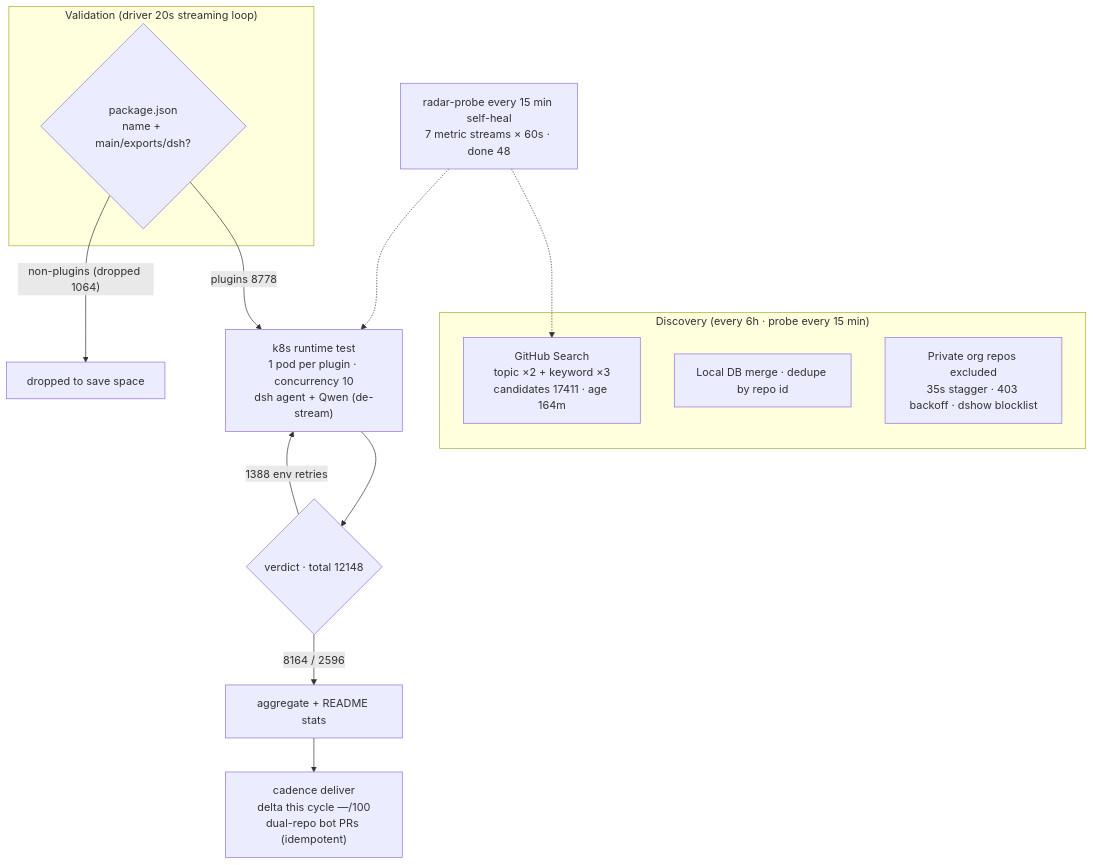
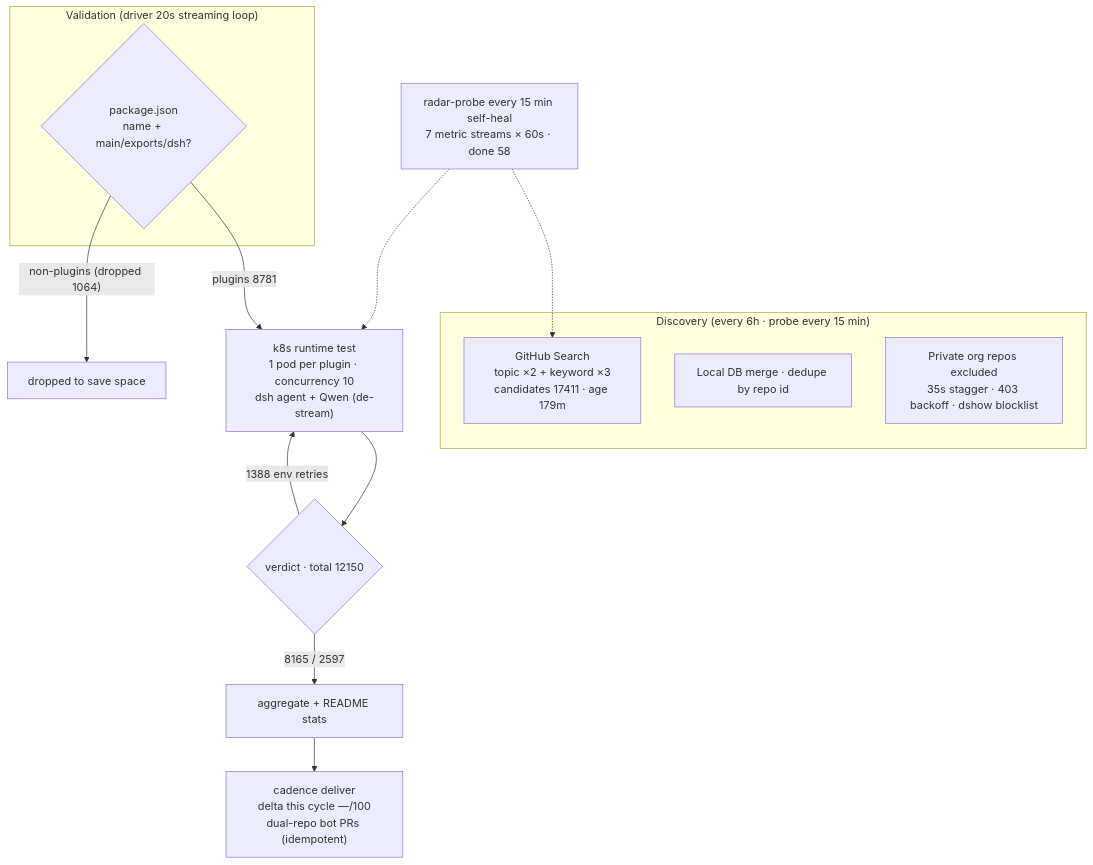
The diagram in README.en-US.md (AdamPlatin123/awesome-dsh-plugins), drawn with Mermaid before and after one commit. The commit also changed other lines of this file and 5 other files, not shown here.

````diff
--- a/README.en-US.md
+++ b/README.en-US.md
@@ -45,20 +45,20 @@
 ```mermaid
 flowchart TB
     subgraph Discovery["Discovery (every 6h · probe every 15 min)"]
-        A1["GitHub Search<br/>topic ×2 + keyword ×3<br/>candidates 17411 · age 164m"]
+        A1["GitHub Search<br/>topic ×2 + keyword ×3<br/>candidates 17411 · age 179m"]
         A2["Local DB merge · dedupe by repo id"]
         A3["Private org repos excluded<br/>35s stagger · 403 backoff · dshow blocklist"]
     end
     subgraph Validation["Validation (driver 20s streaming loop)"]
         B1{"package.json<br/>name + main/exports/dsh?"}
     end
-    B1 -->|"plugins 8778"| C1["k8s runtime test<br/>1 pod per plugin · concurrency 10<br/>dsh agent + Qwen (de-stream)"]
+    B1 -->|"plugins 8781"| C1["k8s runtime test<br/>1 pod per plugin · concurrency 10<br/>dsh agent + Qwen (de-stream)"]
     B1 -->|"non-plugins (dropped 1064)"| B3["dropped to save space"]
-    C1 --> D1{"verdict · total 12148"}
-    D1 -->|"8164 / 2596"| E1["aggregate + README stats"]
+    C1 --> D1{"verdict · total 12150"}
+    D1 -->|"8165 / 2597"| E1["aggregate + README stats"]
     D1 -->|"1388 env retries"| C1
     E1 --> E2["cadence deliver<br/>delta this cycle —/100<br/>dual-repo bot PRs (idempotent)"]
-    M["radar-probe every 15 min self-heal<br/>7 metric streams × 60s · done 48"]
+    M["radar-probe every 15 min self-heal<br/>7 metric streams × 60s · done 58"]
     M -.-> A1
     M -.-> C1
 ```
````
